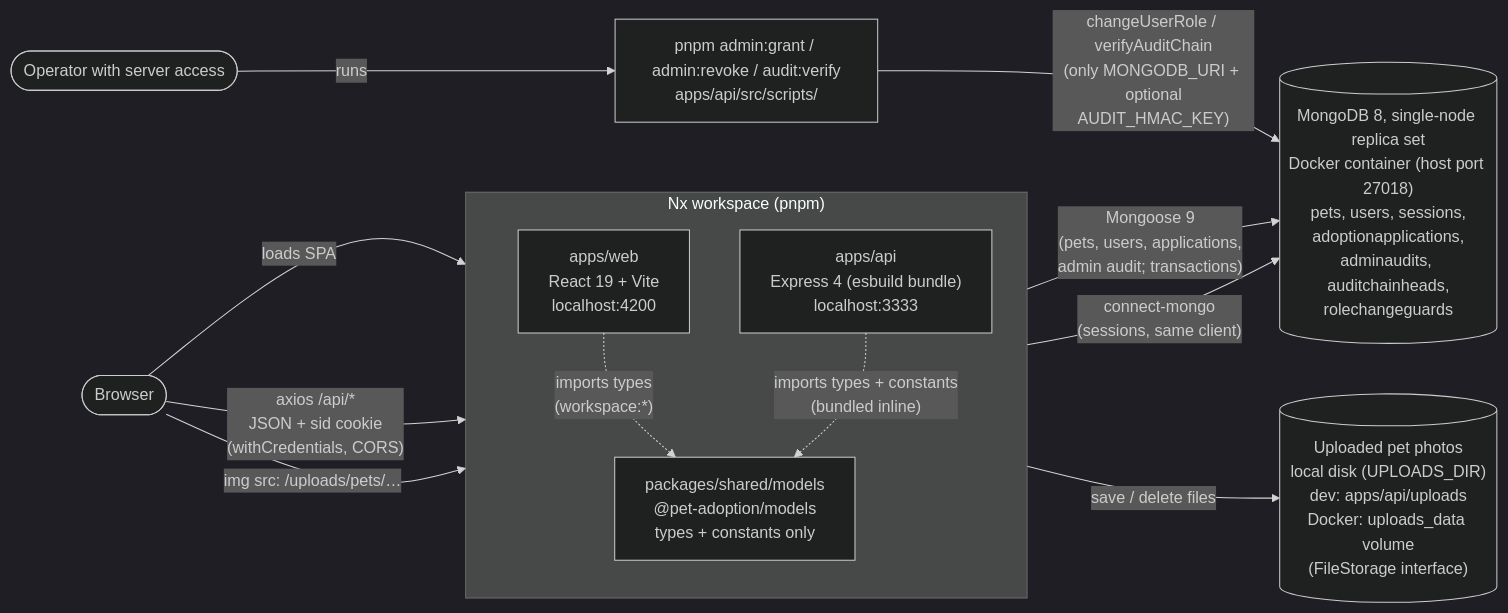
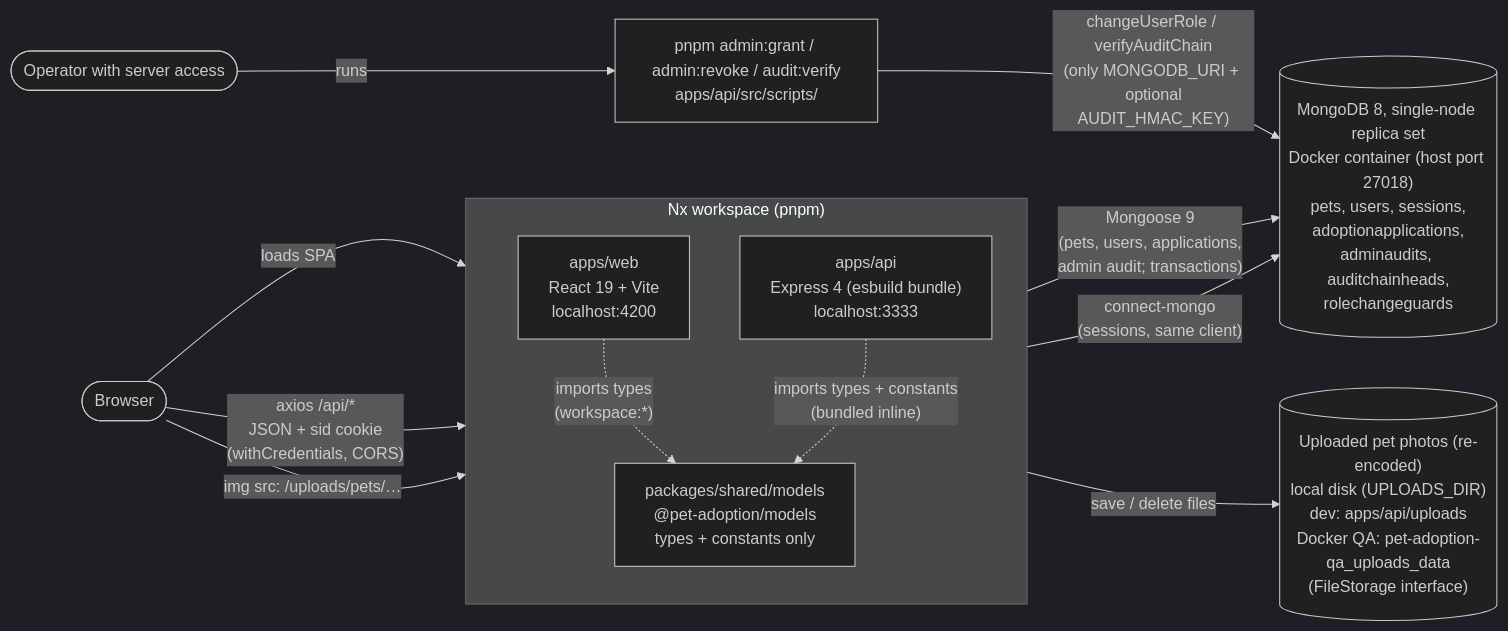
Before and after one commit to BojanSovtic/pet-adoption-system: the first of 13 diagrams in docs/architecture.md, drawn with Mermaid (dark theme). The commit also changed other lines of this file and 7 other files, not shown here.

Commit message:
docs: reconcile manual QA, README and architecture with current app

````diff
--- a/docs/architecture.md
+++ b/docs/architecture.md
@@ -9,26 +9,26 @@
 ```mermaid
 flowchart LR
   subgraph nx["Nx workspace (pnpm)"]
     direction TB
     web["apps/web<br/>React 19 + Vite<br/>localhost:4200"]
     api["apps/api<br/>Express 4 (esbuild bundle)<br/>localhost:3333"]
     models["packages/shared/models<br/>@pet-adoption/models<br/>types + constants only"]
   end
 
   browser(["Browser"])
   operator(["Operator with server access"])
   cli["pnpm admin:grant / admin:revoke / audit:verify<br/>apps/api/src/scripts/"]
   mongo[("MongoDB 8, single-node replica set<br/>Docker container (host port 27018)<br/>pets, users, sessions,<br/>adoptionapplications,<br/>adminaudits, auditchainheads,<br/>rolechangeguards")]
 
   browser -- "loads SPA" --> web
   browser -- "axios /api/*<br/>JSON + sid cookie<br/>(withCredentials, CORS)" --> api
   web -. "imports types<br/>(workspace:*)" .-> models
   api -. "imports types + constants<br/>(bundled inline)" .-> models
   api -- "Mongoose 9<br/>(pets, users, applications,<br/>admin audit; transactions)" --> mongo
   api -- "connect-mongo<br/>(sessions, same client)" --> mongo
   operator -- "runs" --> cli
   cli -- "changeUserRole / verifyAuditChain<br/>(only MONGODB_URI + optional<br/>AUDIT_HMAC_KEY)" --> mongo
-  uploads[("Uploaded pet photos<br/>local disk (UPLOADS_DIR)<br/>dev: apps/api/uploads<br/>Docker: uploads_data volume<br/>(FileStorage interface)")]
+  uploads[("Uploaded pet photos (re-encoded)<br/>local disk (UPLOADS_DIR)<br/>dev: apps/api/uploads<br/>Docker QA: pet-adoption-qa_uploads_data<br/>(FileStorage interface)")]
   api -- "save / delete files" --> uploads
   browser -- "img src: /uploads/pets/…" --> api
 ```
````
